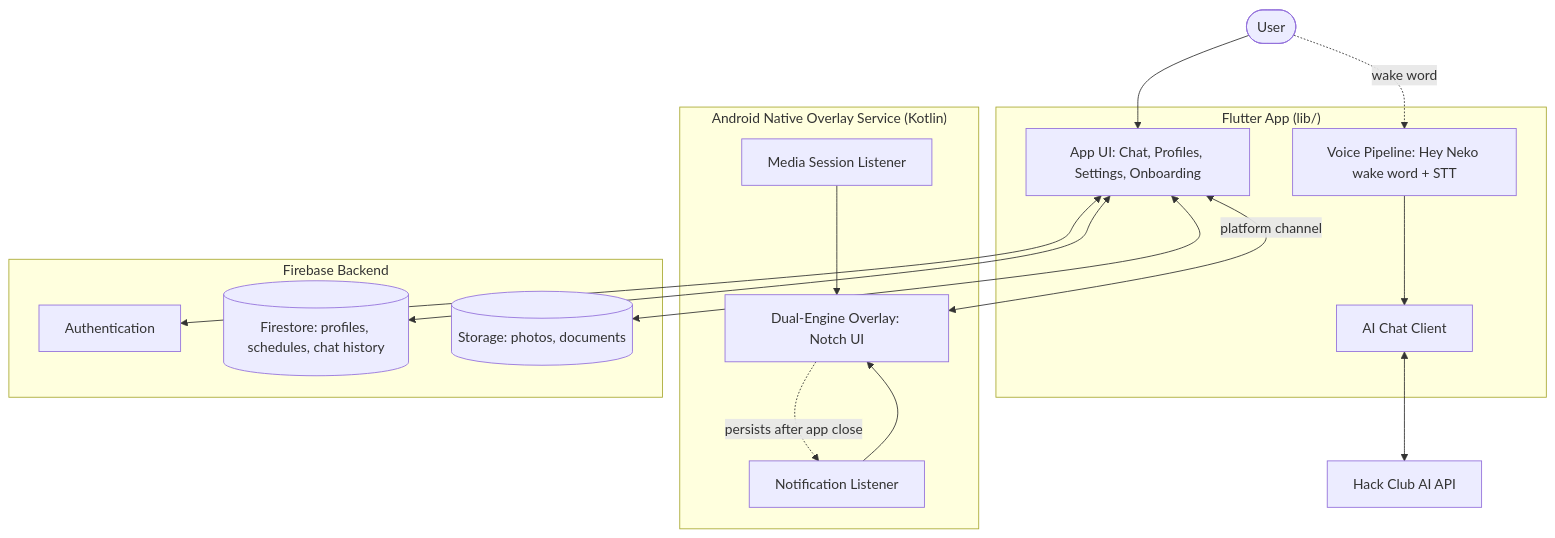
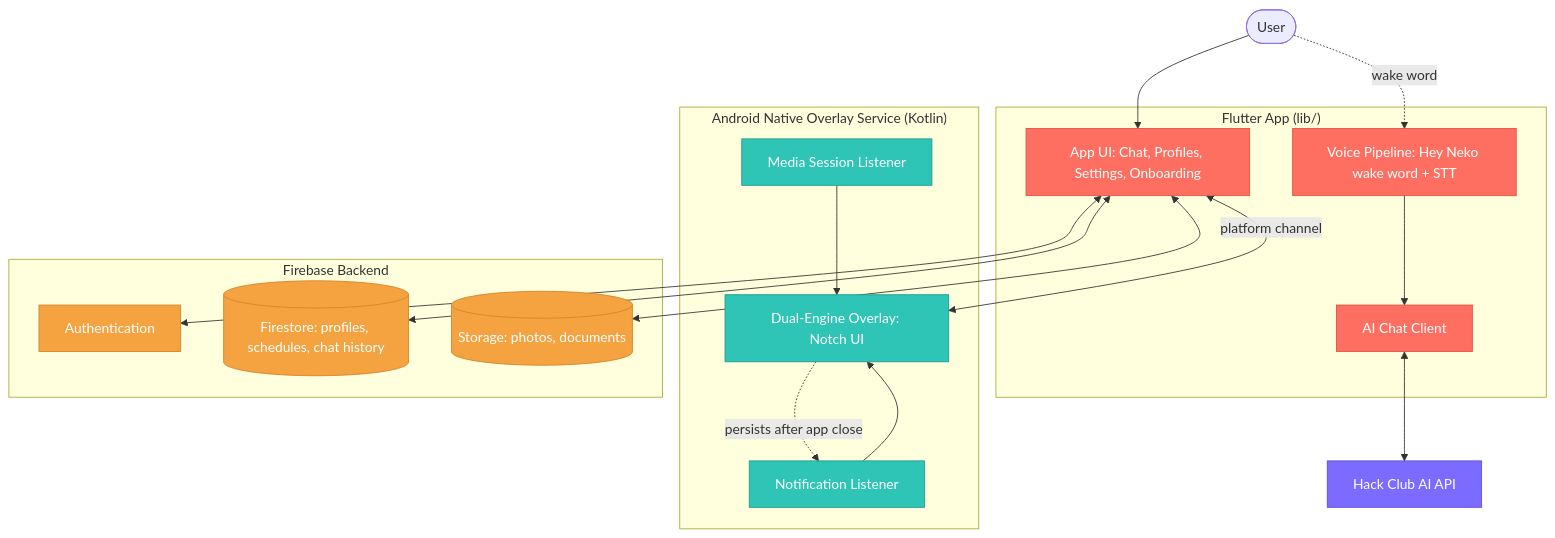
One commit to dhruvin-sarkar/Neko changed the first of 5 diagrams in Documentation/ProjectReport.md. Above: the diagram before and after it, drawn with Mermaid. The commit also changed other lines of this file, not shown here.

Commit message:
enrich ProjectReport visuals: styled architecture, voice sequence, Firestore ER, state machine, testing pie

````diff
--- a/Documentation/ProjectReport.md
+++ b/Documentation/ProjectReport.md
@@ -43,36 +43,45 @@
 ```mermaid
 flowchart TD
     User(["User"])
 
     subgraph FlutterApp["Flutter App (lib/)"]
         UI["App UI: Chat, Profiles, Settings, Onboarding"]
         VoicePipeline["Voice Pipeline: Hey Neko wake word + STT"]
         AIClient["AI Chat Client"]
     end
 
     subgraph NativeOverlay["Android Native Overlay Service (Kotlin)"]
         NotchEngine["Dual-Engine Overlay: Notch UI"]
         NotificationListener["Notification Listener"]
         MediaSession["Media Session Listener"]
     end
 
     subgraph Backend["Firebase Backend"]
         Auth["Authentication"]
         Firestore[("Firestore: profiles, schedules, chat history")]
         Storage[("Storage: photos, documents")]
     end
 
     AIAPI["Hack Club AI API"]
 
     User --> UI
     User -. wake word .-> VoicePipeline
     UI <-->|platform channel| NotchEngine
     NotificationListener --> NotchEngine
     MediaSession --> NotchEngine
     VoicePipeline --> AIClient
     AIClient <--> AIAPI
     UI <--> Auth
     UI <--> Firestore
     UI <--> Storage
     NotchEngine -. persists after app close .-> NotificationListener
+
+    classDef appcls fill:#ff6f61,stroke:#e0523f,color:#ffffff
+    classDef natcls fill:#2ec4b6,stroke:#1f9c90,color:#ffffff
+    classDef cloudcls fill:#f4a340,stroke:#d4842a,color:#ffffff
+    classDef aicls fill:#7c6bff,stroke:#5f4fd6,color:#ffffff
+    class UI,VoicePipeline,AIClient appcls
+    class NotchEngine,NotificationListener,MediaSession natcls
+    class Auth,Firestore,Storage cloudcls
+    class AIAPI aicls
 ```
````
